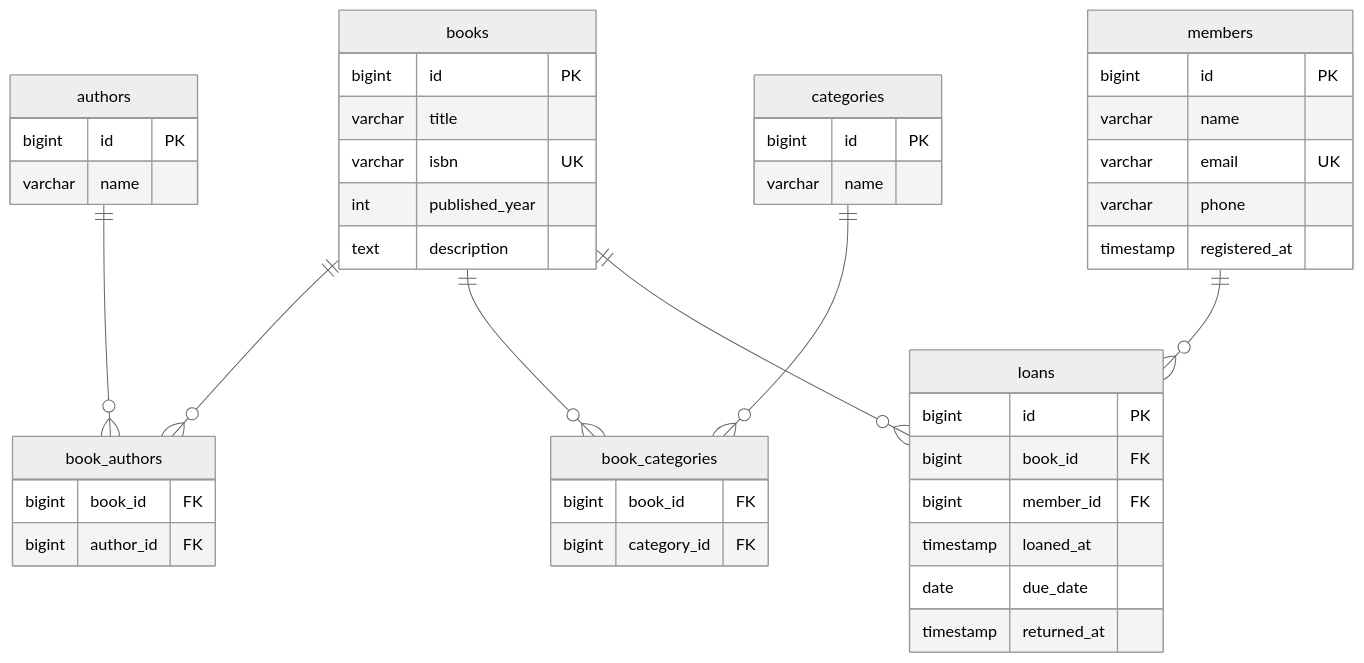
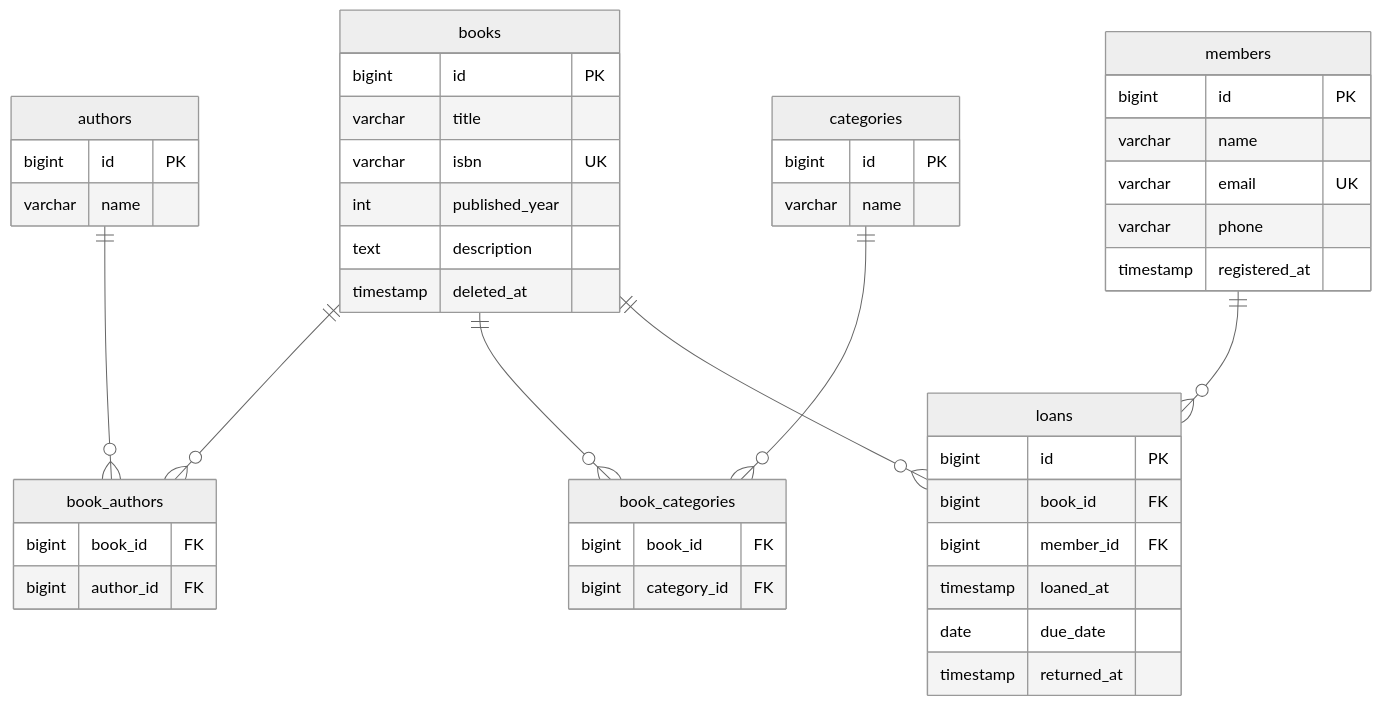
Before and after one commit to sasatake/spring-boot-rest-api-sample: the diagram in docs/database.md, drawn with Mermaid (neutral theme). The commit also changed other lines of this file and 7 other files, not shown here.

````diff
--- a/docs/database.md
+++ b/docs/database.md
@@ -5,48 +5,49 @@
 ```mermaid
 erDiagram
     books {
         bigint id PK
         varchar title
         varchar isbn UK
         int published_year
         text description
+        timestamp deleted_at
     }
     authors {
         bigint id PK
         varchar name
     }
     categories {
         bigint id PK
         varchar name
     }
     members {
         bigint id PK
         varchar name
         varchar email UK
         varchar phone
         timestamp registered_at
     }
     loans {
         bigint id PK
         bigint book_id FK
         bigint member_id FK
         timestamp loaned_at
         date due_date
         timestamp returned_at
     }
     book_authors {
         bigint book_id FK
         bigint author_id FK
     }
     book_categories {
         bigint book_id FK
         bigint category_id FK
     }
 
     books ||--o{ book_authors : ""
     authors ||--o{ book_authors : ""
     books ||--o{ book_categories : ""
     categories ||--o{ book_categories : ""
     books ||--o{ loans : ""
     members ||--o{ loans : ""
 ```
````
